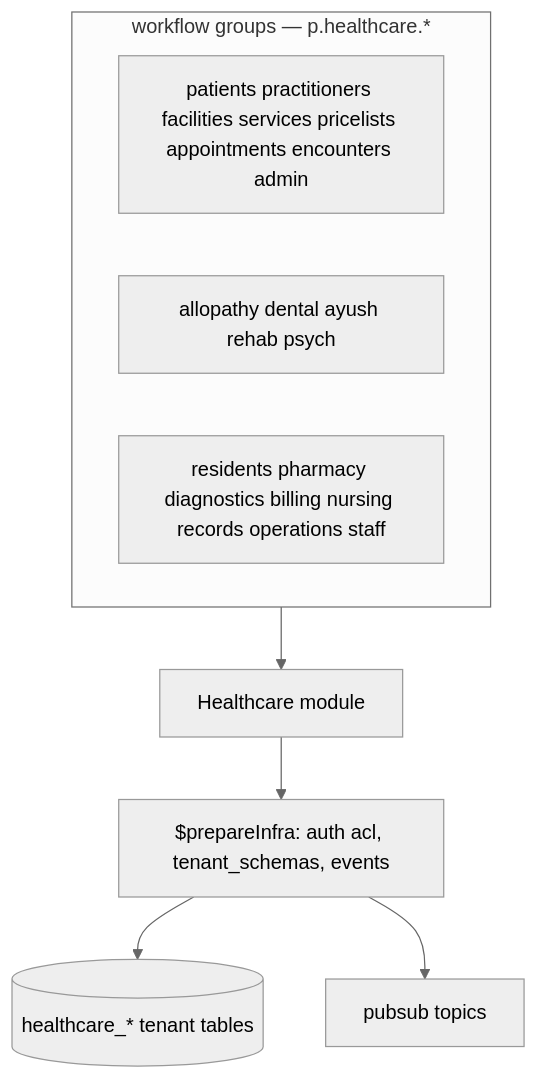
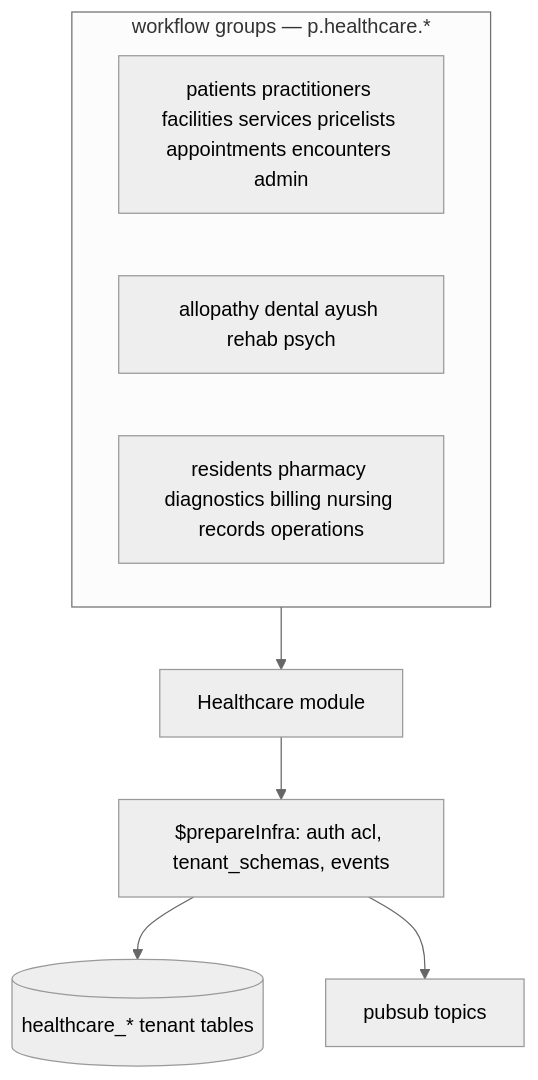
One commit to AdityaBorkar/aspen-os changed the diagram in packages/healthcare/docs/overview.mdx. Above: the diagram before and after it, drawn with Mermaid (neutral theme). The commit also changed 30 other files, not shown here.

````diff
--- a/packages/healthcare/docs/overview.mdx
+++ b/packages/healthcare/docs/overview.mdx
@@ -46,13 +46,13 @@
 ```mermaid
 flowchart TB
   subgraph Groups[workflow groups — p.healthcare.*]
     direction LR
     REG[patients practitioners facilities services pricelists appointments encounters admin]
     EMR[allopathy dental ayush rehab psych]
-    OPS[residents pharmacy diagnostics billing nursing records operations staff]
+    OPS[residents pharmacy diagnostics billing nursing records operations]
   end
   Groups --> M[Healthcare module]
   M --> INFRA[$prepareInfra: auth acl, tenant_schemas, events]
   INFRA --> DB[(healthcare_* tenant tables)]
   INFRA --> PS[pubsub topics]
 ```
````
